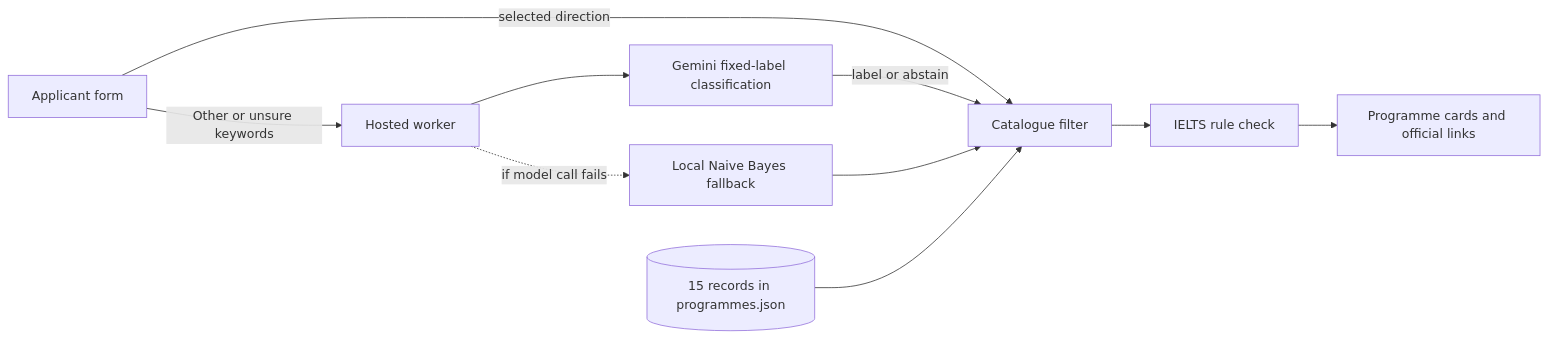
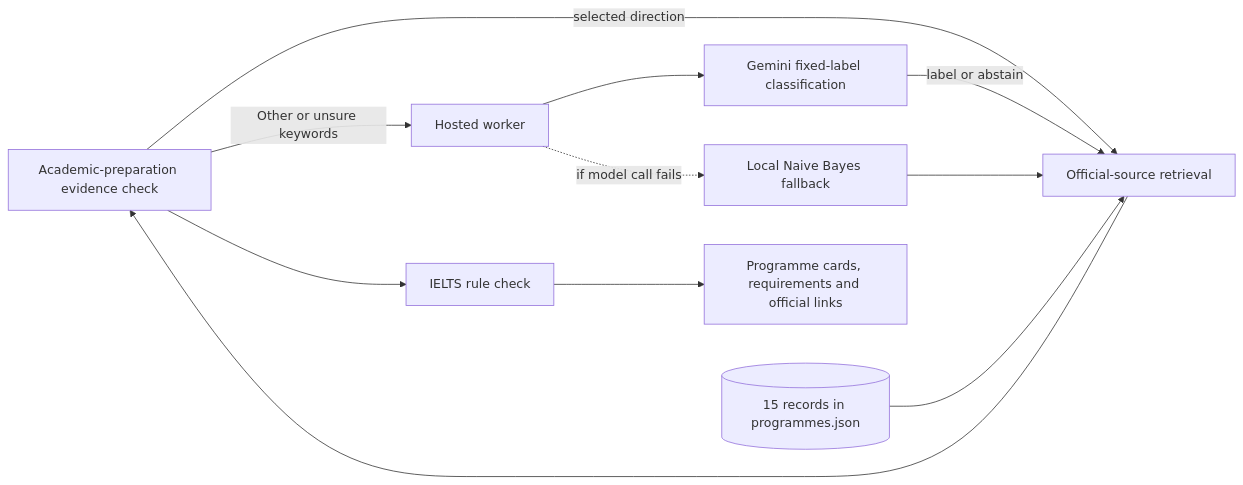
Before and after one commit to niuduoer001-eng/pe6201-ds-compass: the diagram in docs/PRODUCT_DOCUMENTATION.md, drawn with Mermaid. The commit also changed other lines of this file, not shown here.

Commit message:
Add source-grounded academic evidence matching

````diff
--- a/docs/PRODUCT_DOCUMENTATION.md
+++ b/docs/PRODUCT_DOCUMENTATION.md
@@ -23,12 +25,13 @@
 ```mermaid
 flowchart LR
-  A[Applicant form] -->|selected direction| C[Catalogue filter]
+  A[Applicant form] -->|selected direction| C[Official-source retrieval]
   A -->|Other or unsure keywords| W[Hosted worker]
   W --> G[Gemini fixed-label classification]
   G -->|label or abstain| C
   W -. if model call fails .-> N[Local Naive Bayes fallback]
   N --> C
   D[(15 records in programmes.json)] --> C
-  C --> E[IELTS rule check]
-  E --> O[Programme cards and official links]
+  C --> A[Academic-preparation evidence check]
+  A --> E[IELTS rule check]
+  E --> O[Programme cards, requirements and official links]
 ```
````
